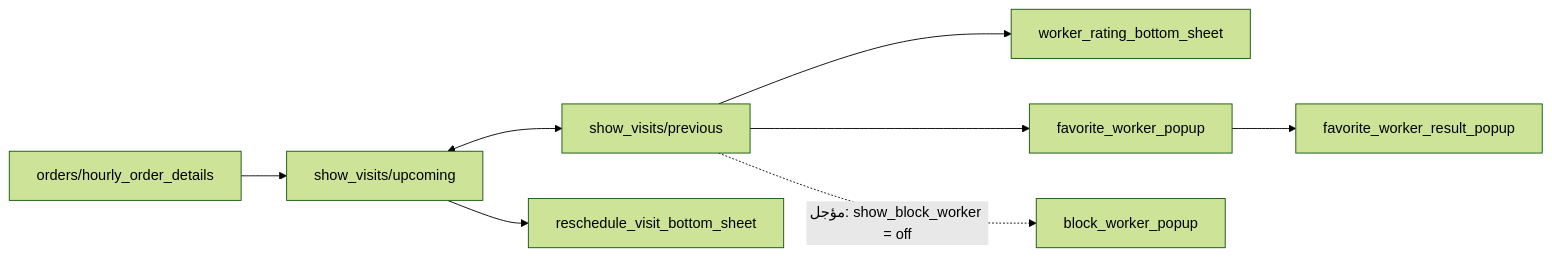
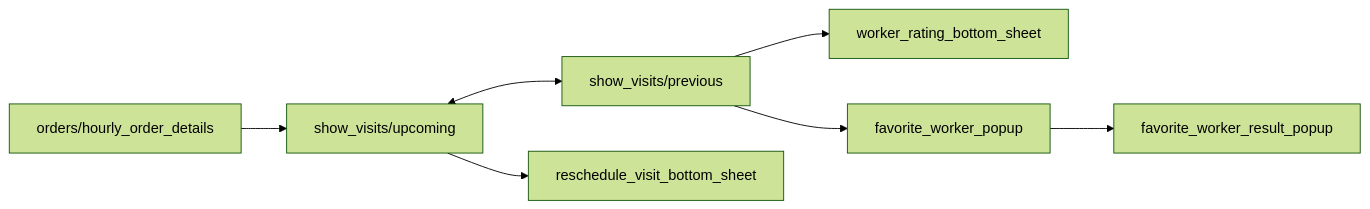
Before and after one commit to mmsanad7/belkhedma: the diagram in project/product/features/visits.md, drawn with Mermaid (forest theme). The commit also changed other lines of this file and 6 other files, not shown here.

First line of the commit message:
Ignore block-worker popups (prefixed with underscore in Figma)

````diff
--- a/project/product/features/visits.md
+++ b/project/product/features/visits.md
@@ -8,9 +8,8 @@
 ```mermaid
 flowchart LR
     HD["orders/hourly_order_details"] --> U["show_visits/upcoming"]
     U <--> P["show_visits/previous"]
     U --> RS["reschedule_visit_bottom_sheet"]
     P --> WR["worker_rating_bottom_sheet"]
     P --> FW["favorite_worker_popup"] --> FWR["favorite_worker_result_popup"]
-    P -.->|"مؤجل: show_block_worker = off"| BW["block_worker_popup"]
 ```
````
